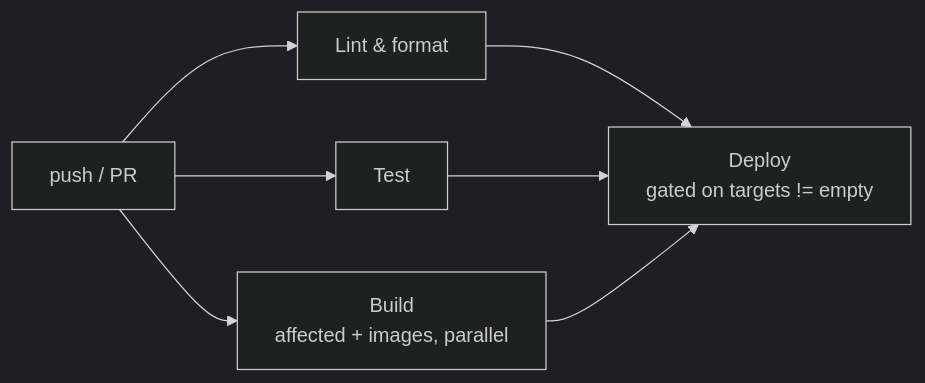
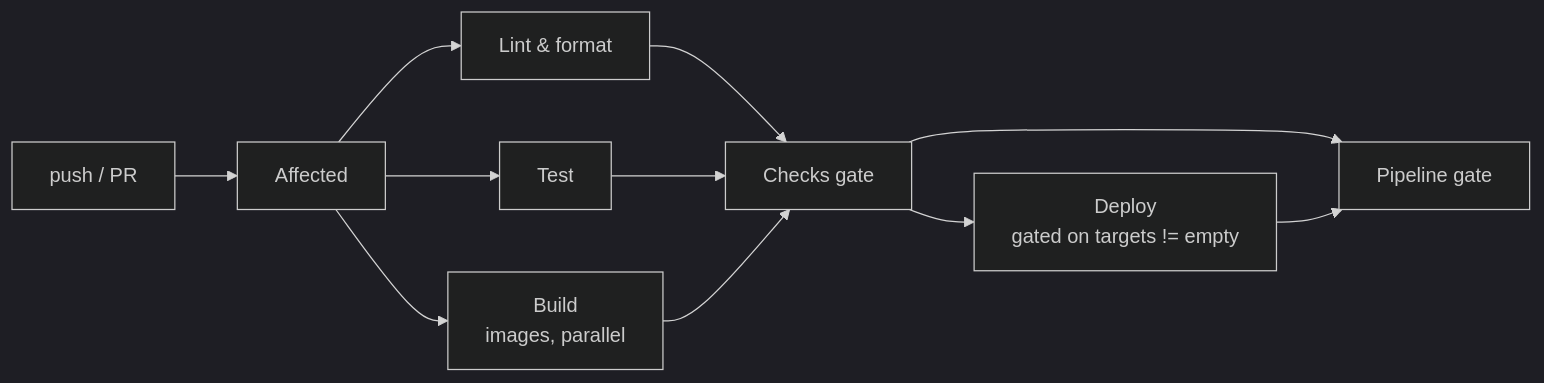
One commit to kbntx-org/nexus changed the second of 3 diagrams in docs/src/platform/delivery/02-ci-cd-pipeline.md. Above: the diagram before and after it, drawn with Mermaid. The commit also changed other lines of this file and 15 other files, not shown here.

````diff
--- a/docs/src/platform/delivery/02-ci-cd-pipeline.md
+++ b/docs/src/platform/delivery/02-ci-cd-pipeline.md
@@ -83,8 +83,11 @@
 ```mermaid
 %%{init: {'theme':'dark'}}%%
 graph LR
-    Push[push / PR] --> Lint[Lint & format]
-    Push --> Test
-    Push --> Build[Build<br/>affected + images, parallel]
-    Lint & Test & Build --> Deploy[Deploy<br/>gated on targets != empty]
+    Push[push / PR] --> Affected[Affected]
+    Affected --> Lint[Lint & format]
+    Affected --> Test
+    Affected --> Build[Build<br/>images, parallel]
+    Lint & Test & Build --> Gate[Checks gate]
+    Gate --> Deploy[Deploy<br/>gated on targets != empty]
+    Gate & Deploy --> PGate[Pipeline gate]
 ```
````
